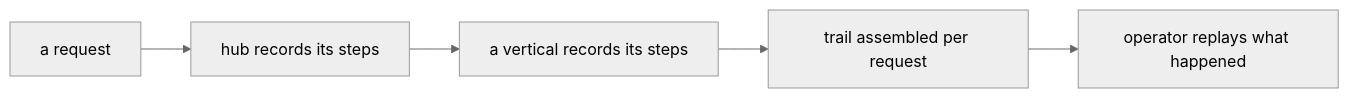
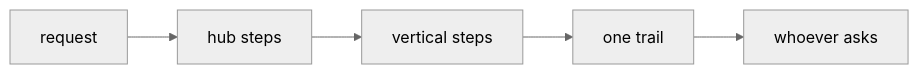
Before and after one commit to digithings-ai/digithings: the diagram in apps/digithings-web/content/book/16-digitrace/index.mdx, drawn with Mermaid (neutral theme). The commit also changed other lines of this file and 132 other files, not shown here.

````diff
--- a/apps/digithings-web/content/book/16-digitrace/index.mdx
+++ b/apps/digithings-web/content/book/16-digitrace/index.mdx
@@ -31,7 +29,7 @@
-```mermaid
+```mermaid one request, one story: the trail follows it across every service it touches
 flowchart LR
-  REQ[a request] --> HUB[hub records its steps]
-  HUB --> VERT[a vertical records its steps]
-  VERT --> TRACE[trail assembled per request]
-  TRACE --> OP[operator replays what happened]
+  REQ[request] --> HUB[hub steps]
+  HUB --> VERT[vertical steps]
+  VERT --> TRAIL[one trail]
+  TRAIL --> OP[whoever asks]
 ```
````
